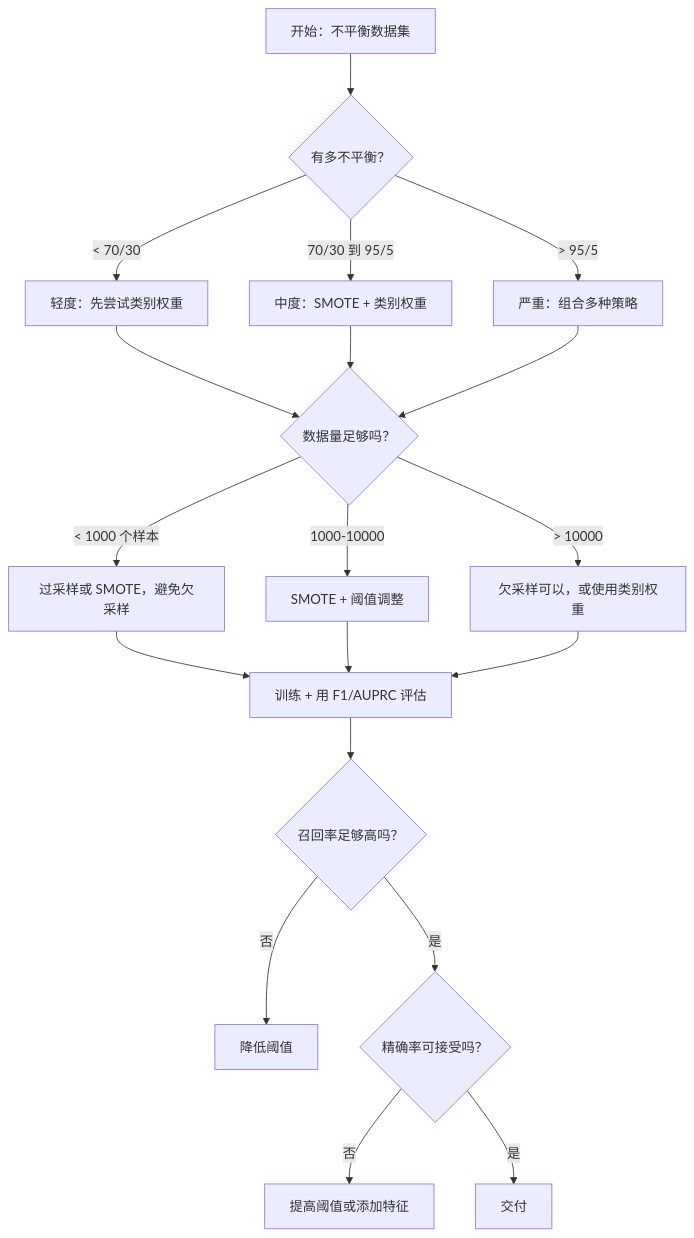
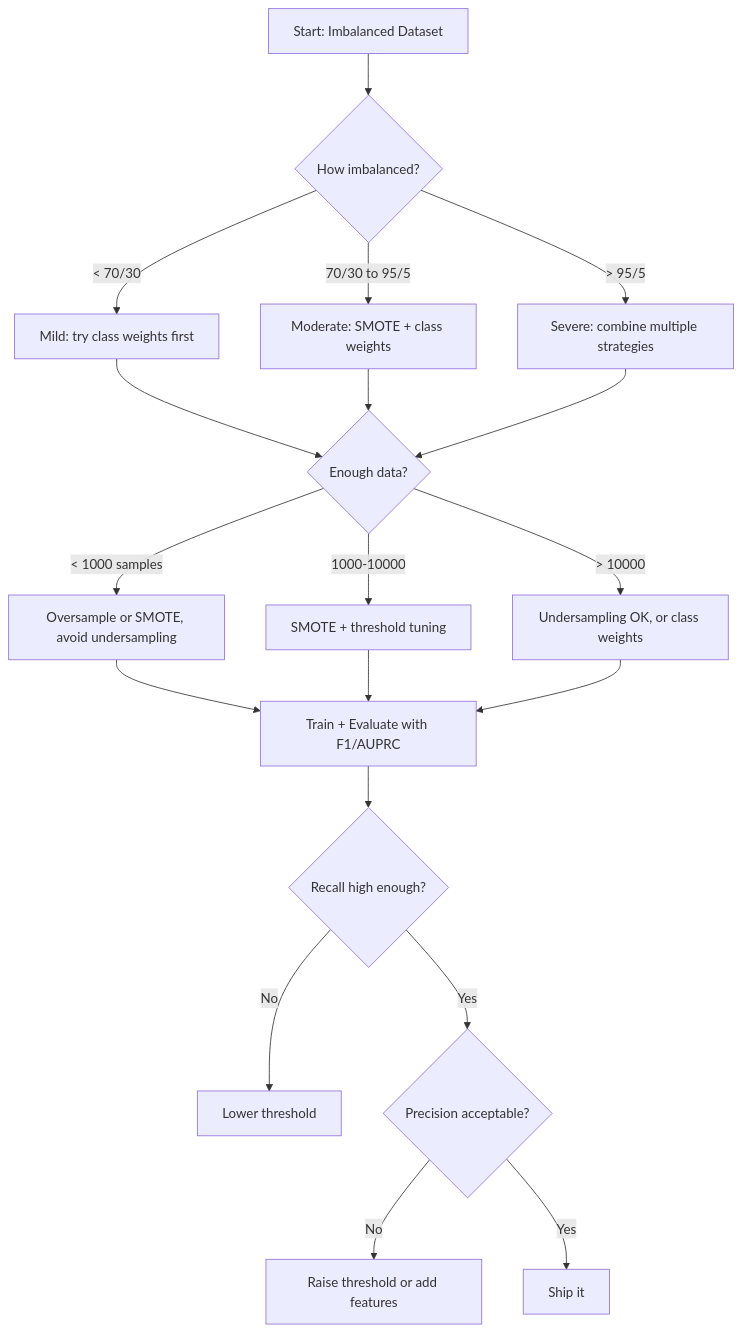
One commit to xiaojiaenen/ai-engineering-from-scratch-zh changed the fourth of 4 diagrams in i18n/zh/phases/02-ml-fundamentals/17-imbalanced-data/docs/zh.md. Above: the diagram before and after it, drawn with Mermaid. The commit also changed other lines of this file and 18 other files, not shown here.

````diff
--- a/i18n/zh/phases/02-ml-fundamentals/17-imbalanced-data/docs/zh.md
+++ b/i18n/zh/phases/02-ml-fundamentals/17-imbalanced-data/docs/zh.md
@@ -192,21 +192,21 @@
 ```mermaid
 flowchart TD
-    A[开始：不平衡数据集] --> B{有多不平衡？}
-    B -->|"< 70/30"| C["轻度：先尝试类别权重"]
-    B -->|"70/30 到 95/5"| D["中度：SMOTE + 类别权重"]
-    B -->|"> 95/5"| E["严重：组合多种策略"]
-    C --> F{数据量足够吗？}
+    A[Start: Imbalanced Dataset] --> B{How imbalanced?}
+    B -->|"< 70/30"| C["Mild: try class weights first"]
+    B -->|"70/30 to 95/5"| D["Moderate: SMOTE + class weights"]
+    B -->|"> 95/5"| E["Severe: combine multiple strategies"]
+    C --> F{Enough data?}
     D --> F
     E --> F
-    F -->|"< 1000 个样本"| G["过采样或 SMOTE，避免欠采样"]
-    F -->|"1000-10000"| H["SMOTE + 阈值调整"]
-    F -->|"> 10000"| I["欠采样可以，或使用类别权重"]
-    G --> J[训练 + 用 F1/AUPRC 评估]
+    F -->|"< 1000 samples"| G["Oversample or SMOTE, avoid undersampling"]
+    F -->|"1000-10000"| H["SMOTE + threshold tuning"]
+    F -->|"> 10000"| I["Undersampling OK, or class weights"]
+    G --> J[Train + Evaluate with F1/AUPRC]
     H --> J
     I --> J
-    J --> K{召回率足够高吗？}
-    K -->|否| L[降低阈值]
-    K -->|是| M{精确率可接受吗？}
-    M -->|否| N[提高阈值或添加特征]
-    M -->|是| O[交付]
+    J --> K{Recall high enough?}
+    K -->|No| L[Lower threshold]
+    K -->|Yes| M{Precision acceptable?}
+    M -->|No| N[Raise threshold or add features]
+    M -->|Yes| O[Ship it]
 ```
````
